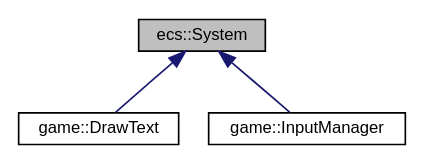
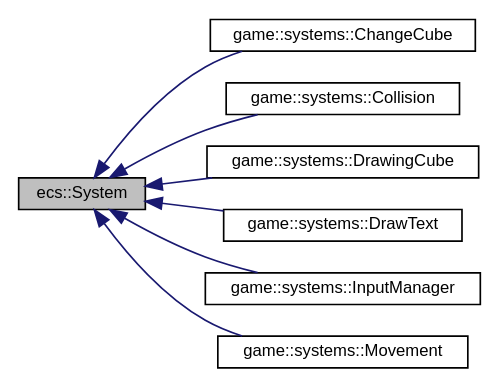
One commit to MisterPeModder/Bomberman-Global-Offensive changed the diagram in classecs_1_1_system__inherit__graph.dot. Above: the diagram before and after it, drawn with Graphviz. The commit also changed 674 other files, not shown here.

```diff
--- a/classecs_1_1_system__inherit__graph.dot
+++ b/classecs_1_1_system__inherit__graph.dot
@@ -1,11 +1,20 @@
 digraph "ecs::System"
 {
  // LATEX_PDF_SIZE
   edge [fontname="Helvetica",fontsize="10",labelfontname="Helvetica",labelfontsize="10"];
   node [fontname="Helvetica",fontsize="10",shape=record];
+  rankdir="LR";
   Node1 [label="ecs::System",height=0.2,width=0.4,color="black", fillcolor="grey75", style="filled", fontcolor="black",tooltip="The base system type, all systems must inherit from System."];
   Node1 -> Node2 [dir="back",color="midnightblue",fontsize="10",style="solid",fontname="Helvetica"];
-  Node2 [label="game::DrawText",height=0.2,width=0.4,color="black", fillcolor="white", style="filled",URL="$structgame_1_1_draw_text.html",tooltip="Draw text system."];
+  Node2 [label="game::systems::ChangeCube",height=0.2,width=0.4,color="black", fillcolor="white", style="filled",URL="$structgame_1_1systems_1_1_change_cube.html",tooltip="ChangeCube system."];
   Node1 -> Node3 [dir="back",color="midnightblue",fontsize="10",style="solid",fontname="Helvetica"];
-  Node3 [label="game::InputManager",height=0.2,width=0.4,color="black", fillcolor="white", style="filled",URL="$structgame_1_1_input_manager.html",tooltip="System managing all the users inputs."];
+  Node3 [label="game::systems::Collision",height=0.2,width=0.4,color="black", fillcolor="white", style="filled",URL="$structgame_1_1systems_1_1_collision.html",tooltip="Collisions resolver system."];
+  Node1 -> Node4 [dir="back",color="midnightblue",fontsize="10",style="solid",fontname="Helvetica"];
+  Node4 [label="game::systems::DrawingCube",height=0.2,width=0.4,color="black", fillcolor="white", style="filled",URL="$structgame_1_1systems_1_1_drawing_cube.html",tooltip="Drawing cube system."];
+  Node1 -> Node5 [dir="back",color="midnightblue",fontsize="10",style="solid",fontname="Helvetica"];
+  Node5 [label="game::systems::DrawText",height=0.2,width=0.4,color="black", fillcolor="white", style="filled",URL="$structgame_1_1systems_1_1_draw_text.html",tooltip="Draw text system."];
+  Node1 -> Node6 [dir="back",color="midnightblue",fontsize="10",style="solid",fontname="Helvetica"];
+  Node6 [label="game::systems::InputManager",height=0.2,width=0.4,color="black", fillcolor="white", style="filled",URL="$structgame_1_1systems_1_1_input_manager.html",tooltip="System managing all the users inputs."];
+  Node1 -> Node7 [dir="back",color="midnightblue",fontsize="10",style="solid",fontname="Helvetica"];
+  Node7 [label="game::systems::Movement",height=0.2,width=0.4,color="black", fillcolor="white", style="filled",URL="$structgame_1_1systems_1_1_movement.html",tooltip="Movement system."];
 }
```
